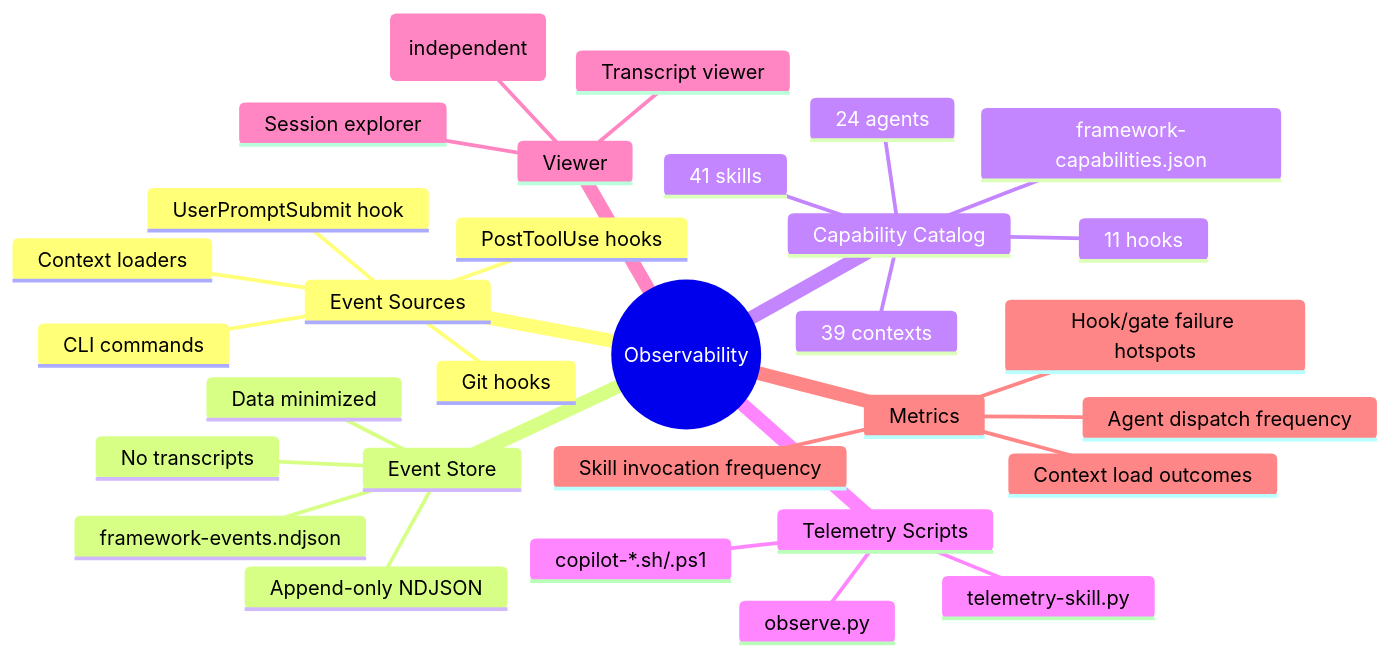
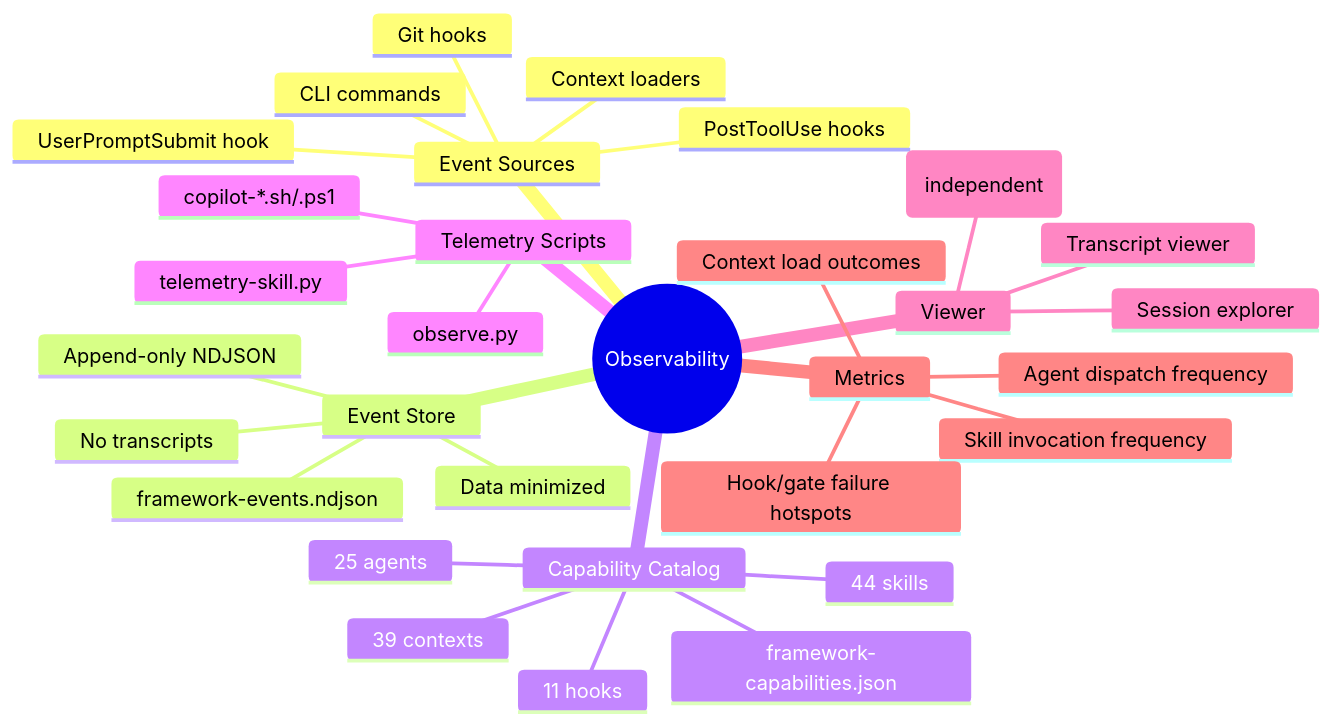
The seventh of 10 diagrams in docs/solution-intent.md (arcasilesgroup/ai-engineering), drawn with Mermaid before and after one commit. The commit also changed other lines of this file and 262 other files, not shown here.

````diff
--- a/docs/solution-intent.md
+++ b/docs/solution-intent.md
@@ -388,34 +388,34 @@
 ```mermaid
 mindmap
     root((Observability))
         Event Sources
             UserPromptSubmit hook
             PostToolUse hooks
             Context loaders
             Git hooks
             CLI commands
         Event Store
             framework-events.ndjson
             Append-only NDJSON
             Data minimized
             No transcripts
         Capability Catalog
             framework-capabilities.json
-            41 skills
-            24 agents
+            44 skills
+            25 agents
             39 contexts
             11 hooks
         Telemetry Scripts
             telemetry-skill.py
             observe.py
             copilot-*.sh/.ps1
         Viewer
             agentsview (independent)
             Session explorer
             Transcript viewer
         Metrics
             Skill invocation frequency
             Agent dispatch frequency
             Context load outcomes
             Hook/gate failure hotspots
 ```
````
